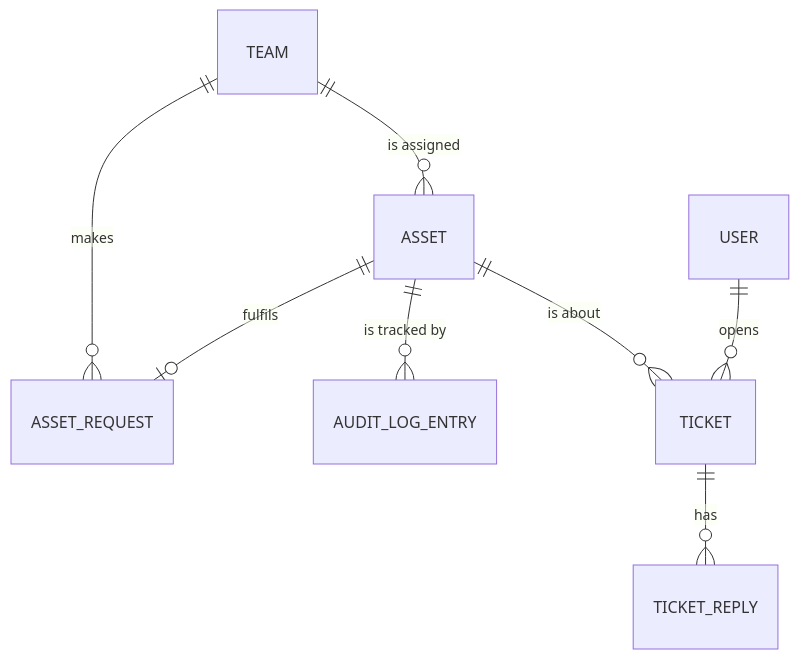
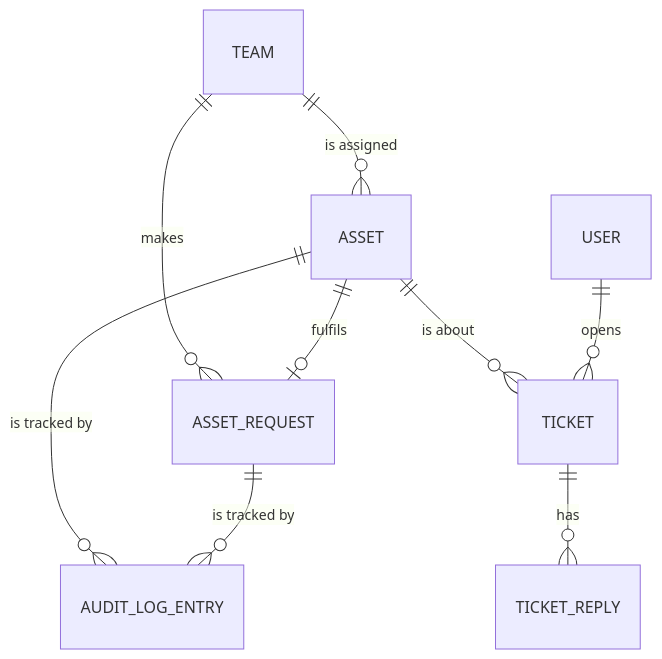
One commit to essieanawalt/cs763-resource-hub changed the diagram in spec.md. Above: the diagram before and after it, drawn with Mermaid. The commit also changed other lines of this file, not shown here.

Commit message:
Spec: business rules, schemas, audit log covers requests

````diff
--- a/spec.md
+++ b/spec.md
@@ -60,10 +77,11 @@
 ```mermaid
 erDiagram
     TEAM ||--o{ ASSET : "is assigned"
     TEAM ||--o{ ASSET_REQUEST : makes
     ASSET ||--o| ASSET_REQUEST : fulfils
     ASSET ||--o{ AUDIT_LOG_ENTRY : "is tracked by"
+    ASSET_REQUEST ||--o{ AUDIT_LOG_ENTRY : "is tracked by"
     ASSET ||--o{ TICKET : "is about"
     TICKET ||--o{ TICKET_REPLY : has
     USER ||--o{ TICKET : opens
 ```
````
